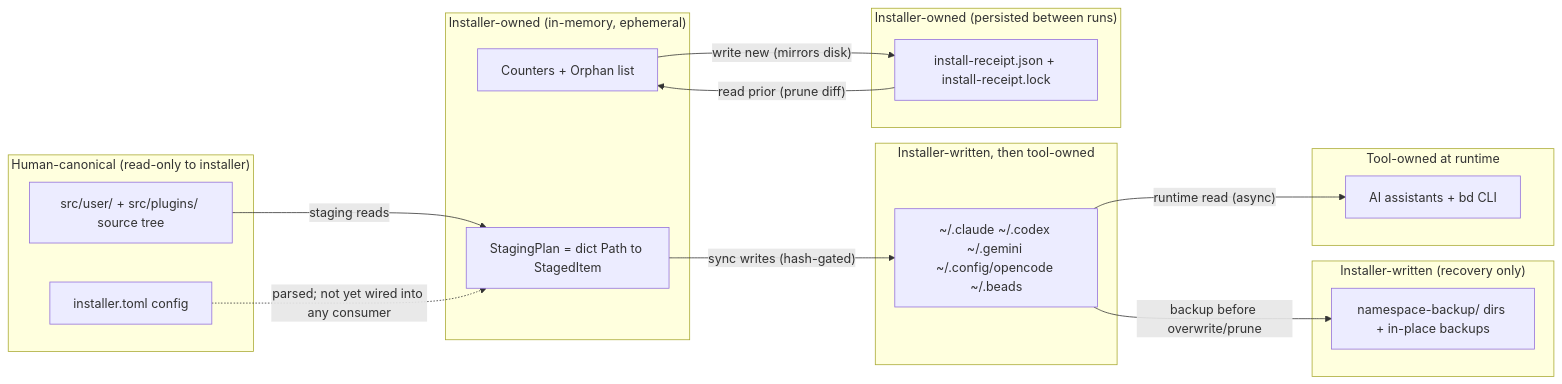
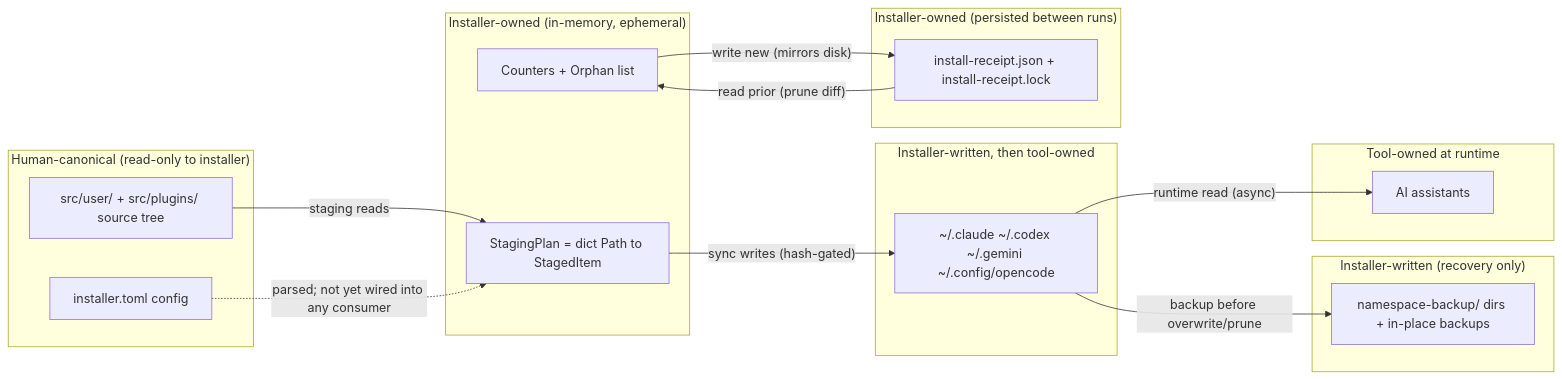
One commit to scotthamilton77/agents-config changed the third of 3 diagrams in docs/architecture/installer/data-view.md. Above: the diagram before and after it, drawn with Mermaid. The commit also changed other lines of this file and 7 other files, not shown here.

First line of the commit message:
docs(9k9.190): the installer architecture describes the namespaces the code knows (#521)

````diff
--- a/docs/architecture/installer/data-view.md
+++ b/docs/architecture/installer/data-view.md
@@ -182,36 +182,36 @@
 ```mermaid
 flowchart LR
     subgraph HUMAN["Human-canonical (read-only to installer)"]
         S1[src/user/ + src/plugins/ source tree]
         S2[installer.toml config]
     end
 
     subgraph MEM["Installer-owned (in-memory, ephemeral)"]
         M1[StagingPlan = dict Path to StagedItem]
         M2[Counters + Orphan list]
     end
 
     subgraph DISK["Installer-written, then tool-owned"]
-        D1[~/.claude ~/.codex ~/.gemini ~/.config/opencode ~/.beads]
+        D1[~/.claude ~/.codex ~/.gemini ~/.config/opencode]
     end
 
     subgraph BAK["Installer-written (recovery only)"]
         B1[namespace-backup/ dirs + in-place backups]
     end
 
     subgraph STATE["Installer-owned (persisted between runs)"]
         R1[install-receipt.json + install-receipt.lock]
     end
 
     subgraph TOOLS["Tool-owned at runtime"]
-        T1[AI assistants + bd CLI]
+        T1[AI assistants]
     end
 
     S1 -->|"staging reads"| M1
     S2 -.->|"parsed; not yet wired into any consumer"| M1
     M1 -->|"sync writes (hash-gated)"| D1
     D1 -->|"backup before overwrite/prune"| B1
     R1 -->|"read prior (prune diff)"| M2
     M2 -->|"write new (mirrors disk)"| R1
     D1 -->|"runtime read (async)"| T1
 ```
````
